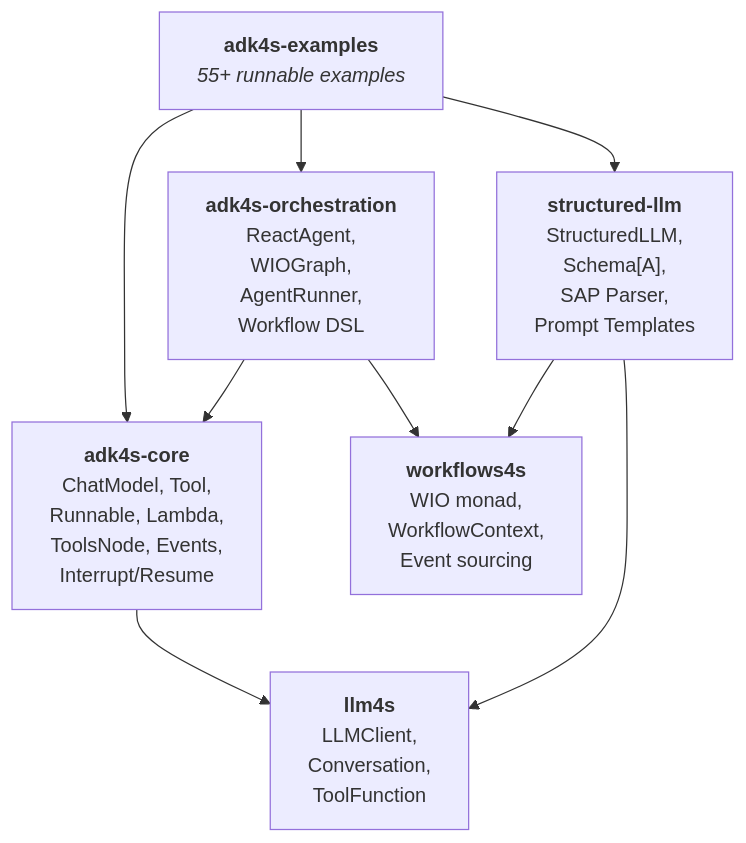
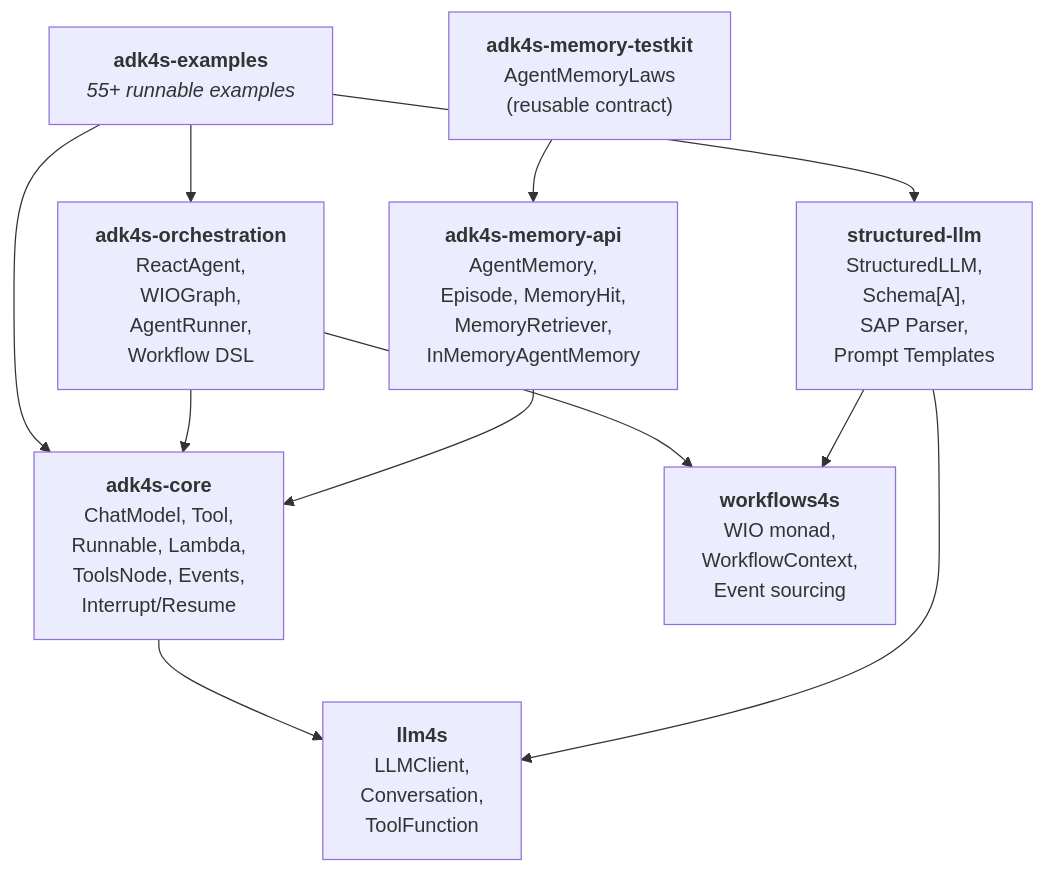
The diagram in README.MD (gruggiero/Adk4s), drawn with Mermaid before and after one commit. The commit also changed other lines of this file, not shown here.

````diff
--- a/README.MD
+++ b/README.MD
@@ -7,21 +7,25 @@
 ```mermaid
 graph TD
     examples["<b>adk4s-examples</b><br/><i>55+ runnable examples</i>"]
 
     core["<b>adk4s-core</b><br/>ChatModel, Tool,<br/>Runnable, Lambda,<br/>ToolsNode, Events,<br/>Interrupt/Resume"]
     orchestration["<b>adk4s-orchestration</b><br/>ReactAgent,<br/>WIOGraph,<br/>AgentRunner,<br/>Workflow DSL"]
     structured["<b>structured-llm</b><br/>StructuredLLM,<br/>Schema[A],<br/>SAP Parser,<br/>Prompt Templates"]
+    memoryApi["<b>adk4s-memory-api</b><br/>AgentMemory,<br/>Episode, MemoryHit,<br/>MemoryRetriever,<br/>InMemoryAgentMemory"]
+    memoryTestkit["<b>adk4s-memory-testkit</b><br/>AgentMemoryLaws<br/>(reusable contract)"]
 
     llm4s["<b>llm4s</b><br/>LLMClient,<br/>Conversation,<br/>ToolFunction"]
     workflows4s["<b>workflows4s</b><br/>WIO monad,<br/>WorkflowContext,<br/>Event sourcing"]
 
     examples --> core
     examples --> orchestration
     examples --> structured
 
     core --> llm4s
     orchestration --> core
     orchestration --> workflows4s
     structured --> llm4s
     structured --> workflows4s
+    memoryApi --> core
+    memoryTestkit --> memoryApi
 ```
````
